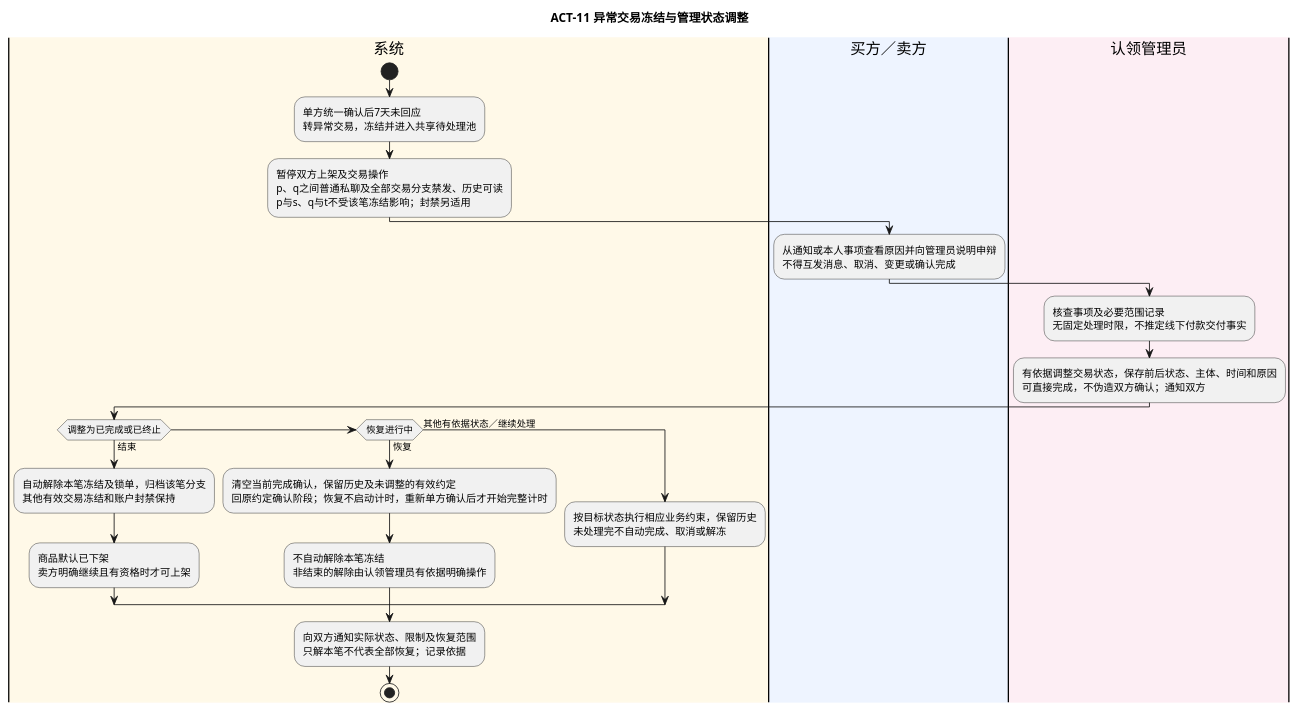
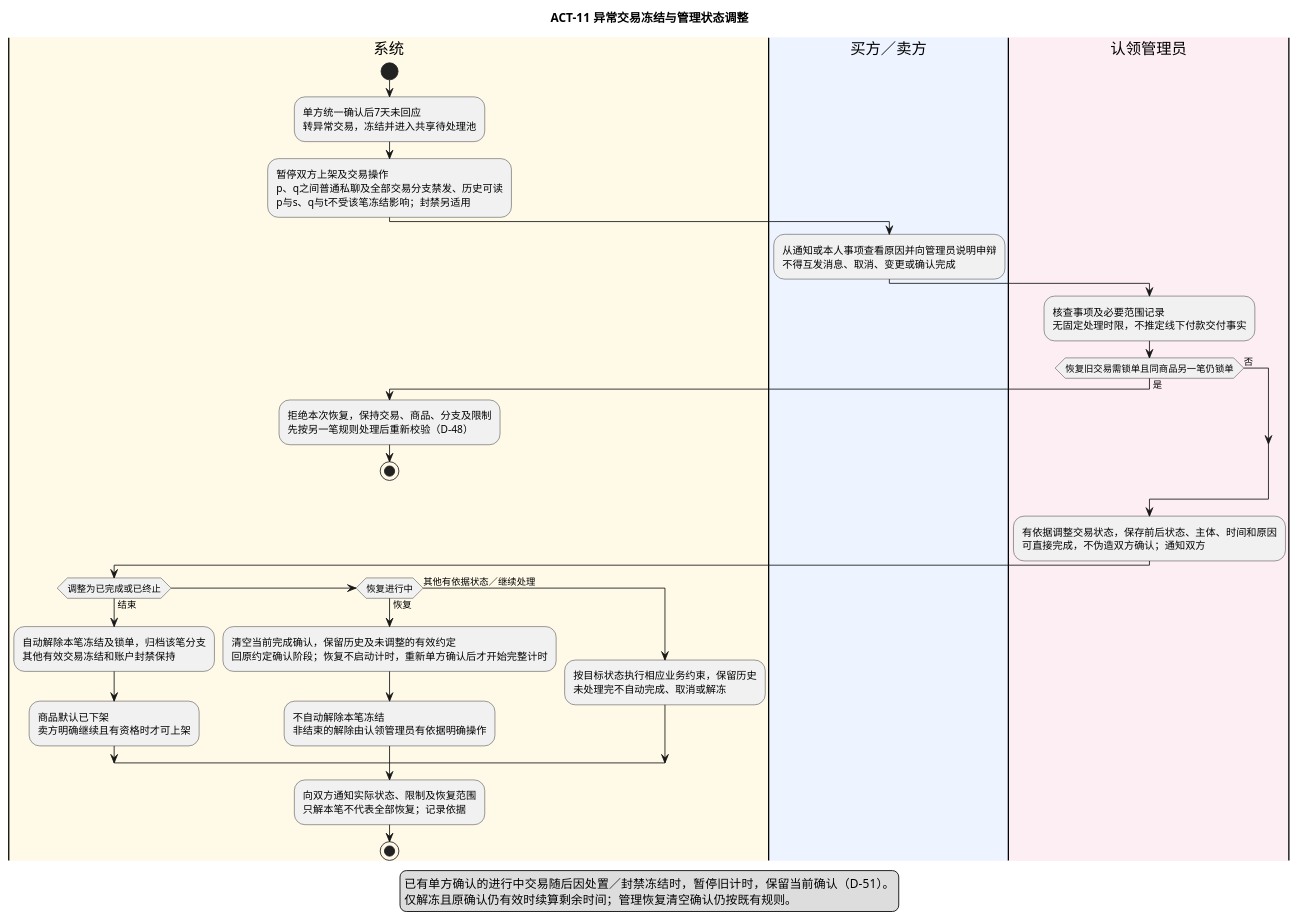
The diagram in docs/appendices/models/ACT-11-异常交易处置.puml (iy88/se-course-project-1), drawn with PlantUML before and after one commit. The commit also changed other lines of this file and 94 other files, not shown here.

```diff
--- a/docs/appendices/models/ACT-11-异常交易处置.puml
+++ b/docs/appendices/models/ACT-11-异常交易处置.puml
@@ -12,26 +12,37 @@
 @startuml ACT-11
 
 skinparam defaultFontName "PingFang SC"
 title ACT-11 异常交易冻结与管理状态调整
 |#FFF9E8|系统|
 start
 :单方统一确认后7天未回应\n转异常交易，冻结并进入共享待处理池;
 :暂停双方上架及交易操作\np、q之间普通私聊及全部交易分支禁发、历史可读\np与s、q与t不受该笔冻结影响；封禁另适用;
 |#EEF4FF|买方／卖方|
 :从通知或本人事项查看原因并向管理员说明申辩\n不得互发消息、取消、变更或确认完成;
 |#FDEEF4|认领管理员|
 :核查事项及必要范围记录\n无固定处理时限，不推定线下付款交付事实;
+if (恢复旧交易需锁单且同商品另一笔仍锁单) then (是)
+  |#FFF9E8|系统|
+  :拒绝本次恢复，保持交易、商品、分支及限制\n先按另一笔规则处理后重新校验（D-48）;
+  stop
+else (否)
+endif
+|#FDEEF4|认领管理员|
 :有依据调整交易状态，保存前后状态、主体、时间和原因\n可直接完成，不伪造双方确认；通知双方;
 |#FFF9E8|系统|
 if (调整为已完成或已终止) then (结束)
  :自动解除本笔冻结及锁单，归档该笔分支\n其他有效交易冻结和账户封禁保持;
  :商品默认已下架\n卖方明确继续且有资格时才可上架;
 elseif (恢复进行中) then (恢复)
  :清空当前完成确认，保留历史及未调整的有效约定\n回原约定确认阶段；恢复不启动计时，重新单方确认后才开始完整计时;
  :不自动解除本笔冻结\n非结束的解除由认领管理员有依据明确操作;
 else (其他有依据状态／继续处理)
  :按目标状态执行相应业务约束，保留历史\n未处理完不自动完成、取消或解冻;
 endif
 :向双方通知实际状态、限制及恢复范围\n只解本笔不代表全部恢复；记录依据;
 stop
+legend bottom
+已有单方确认的进行中交易随后因处置／封禁冻结时，暂停旧计时，保留当前确认（D-51）。
+仅解冻且原确认仍有效时续算剩余时间；管理恢复清空确认仍按既有规则。
+endlegend
 @enduml
```
